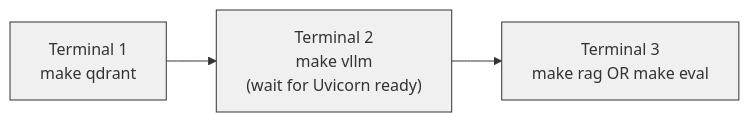
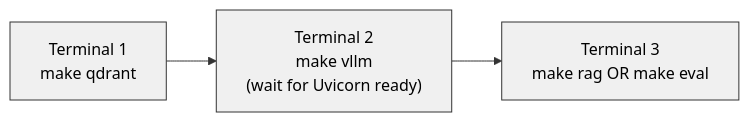
The diagram in docs/operations.md (teleoric/rag-poc), drawn with Mermaid before and after one commit. The commit also changed 2 other files, not shown here.

Commit message:
Force readable text on Mermaid diagrams under GitHub dark mode
GitHub renders Mermaid using a theme that inherits text color from
the surrounding GitHub theme. On dark mode, the default light-gray
text becomes near-unreadable on the colored node fills we use.

Two-layer fix applied to every Mermaid block (1 in README.md, 6 in
docs/architecture.md, 1 in docs/operations.md):

1. Per-diagram %%{init}%% block that pins theme to 'base' and forces
   black text on white backgrounds for all themeVariables — including
   the sequence-diagram-specific actorTextColor / signalTextColor /
   noteTextColor / labelTextColor / loopTextColor.

2. color:#000000 added to every classDef so nodes with custom fills
   still render dark text, plus explicit classDef applied to nodes in
   the tenant-isolation, process-layout, and trust-boundary diagrams
   that previously had inline `style` only.

No content changes. Diagrams now render with high-contrast black text
in both light and dark GitHub themes.

````diff
--- a/docs/operations.md
+++ b/docs/operations.md
@@ -9,8 +9,9 @@
 ```mermaid
+%%{init: {'theme':'base','themeVariables':{'primaryColor':'#ffffff','primaryTextColor':'#000000','primaryBorderColor':'#333333','lineColor':'#333333','textColor':'#000000'}}}%%
 flowchart LR
     s1["Terminal 1<br/>make qdrant"] --> s2["Terminal 2<br/>make vllm<br/>(wait for Uvicorn ready)"]
     s2 --> s3["Terminal 3<br/>make rag  OR  make eval"]
 
-    classDef terminal fill:#f0f0f0,stroke:#333,stroke-width:1px
+    classDef terminal fill:#f0f0f0,stroke:#333333,stroke-width:1px,color:#000000
     class s1,s2,s3 terminal
 ```
````
